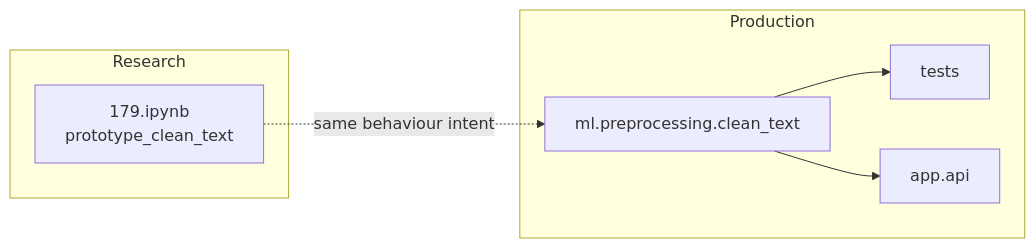
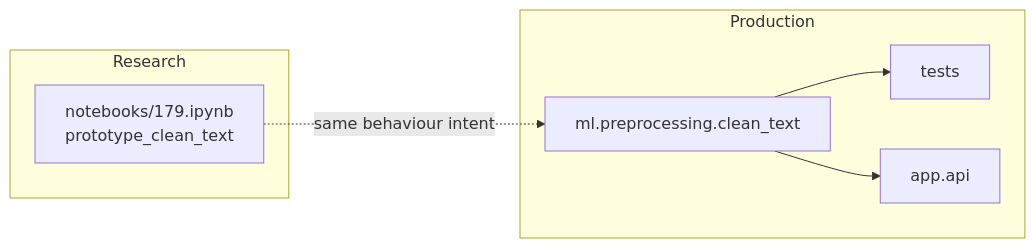
Before and after one commit to pratapwagle/SEML_Assignment2_ResumeGrader: the eighth of 8 diagrams in architecture.md, drawn with Mermaid. The commit also changed other lines of this file and 5 other files, not shown here.

First line of the commit message:
Move canonical notebook to notebooks/179.ipynb.

````diff
--- a/architecture.md
+++ b/architecture.md
@@ -569,14 +569,14 @@
 ```mermaid
 flowchart LR
  subgraph Research
- NB[179.ipynb<br/>prototype_clean_text]
+ NB[notebooks/179.ipynb<br/>prototype_clean_text]
  end
  subgraph Production
  MOD[ml.preprocessing.clean_text]
  T[tests]
  API[app.api]
  end
  NB -.->|same behaviour intent| MOD
  MOD --> T
  MOD --> API
 ```
````
